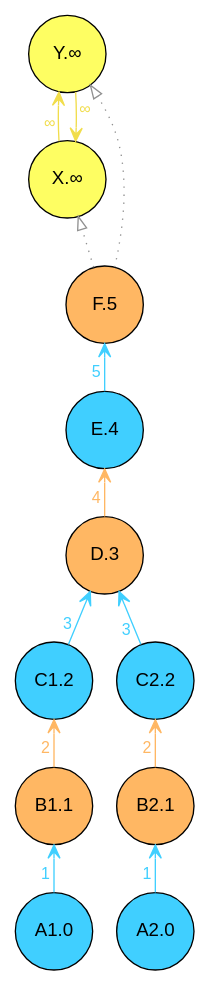
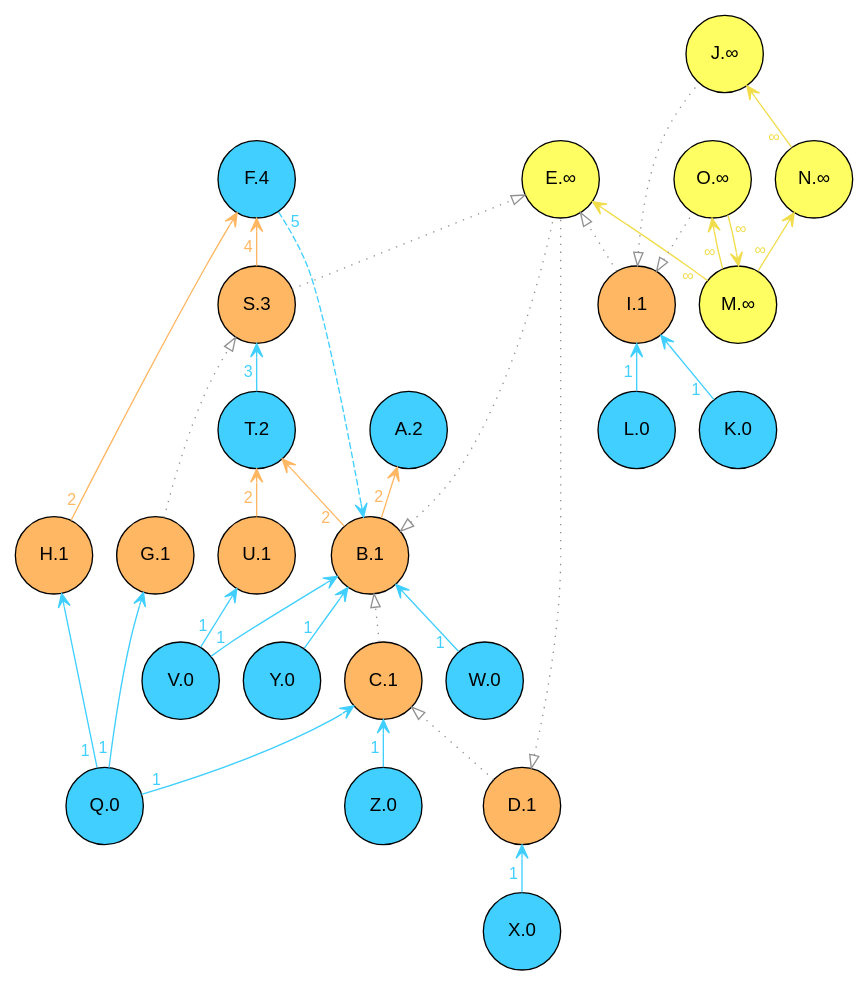
Before and after one commit to xai-ca/xray: the diagram in temp/layout.dot, drawn with Graphviz. The commit also changed 2 other files, not shown here.

```diff
--- a/temp/layout.dot
+++ b/temp/layout.dot
@@ -1,30 +1,63 @@
 digraph {
 layout=dot 
 node [fontname = "helvetica"  shape=circle fixedsize=true width=0.8, height=0.8] 
   edge [fontname = "helvetica"] 
  rankdir=BT  // Node defaults can be set here if needed
-    "A1" [style="filled" fillcolor="#40cfff" label="A1.0" fontsize=14 ]
-    "A2" [style="filled" fillcolor="#40cfff" label="A2.0" fontsize=14 ]
-    "C1" [style="filled" fillcolor="#40cfff" label="C1.2" fontsize=14 ]
-    "C2" [style="filled" fillcolor="#40cfff" label="C2.2" fontsize=14 ]
-    "E" [style="filled" fillcolor="#40cfff" label="E.4" fontsize=14 ]
-    "X" [style="filled" fillcolor="#FEFE62" label="X.∞" fontsize=14 ]
-    "Y" [style="filled" fillcolor="#FEFE62" label="Y.∞" fontsize=14 ]
-    "B1" [style="filled" fillcolor="#ffb763" label="B1.1" fontsize=14 ]
-    "B2" [style="filled" fillcolor="#ffb763" label="B2.1" fontsize=14 ]
-    "D" [style="filled" fillcolor="#ffb763" label="D.3" fontsize=14 ]
-    "F" [style="filled" fillcolor="#ffb763" label="F.5" fontsize=14 ]
+    "A" [style="filled" fillcolor="#40cfff" label="A.2" fontsize=14 ]
+    "F" [style="filled" fillcolor="#40cfff" label="F.4" fontsize=14 ]
+    "K" [style="filled" fillcolor="#40cfff" label="K.0" fontsize=14 ]
+    "L" [style="filled" fillcolor="#40cfff" label="L.0" fontsize=14 ]
+    "Q" [style="filled" fillcolor="#40cfff" label="Q.0" fontsize=14 ]
+    "T" [style="filled" fillcolor="#40cfff" label="T.2" fontsize=14 ]
+    "V" [style="filled" fillcolor="#40cfff" label="V.0" fontsize=14 ]
+    "W" [style="filled" fillcolor="#40cfff" label="W.0" fontsize=14 ]
+    "X" [style="filled" fillcolor="#40cfff" label="X.0" fontsize=14 ]
+    "Y" [style="filled" fillcolor="#40cfff" label="Y.0" fontsize=14 ]
+    "Z" [style="filled" fillcolor="#40cfff" label="Z.0" fontsize=14 ]
+    "E" [style="filled" fillcolor="#FEFE62" label="E.∞" fontsize=14 ]
+    "J" [style="filled" fillcolor="#FEFE62" label="J.∞" fontsize=14 ]
+    "M" [style="filled" fillcolor="#FEFE62" label="M.∞" fontsize=14 ]
+    "N" [style="filled" fillcolor="#FEFE62" label="N.∞" fontsize=14 ]
+    "O" [style="filled" fillcolor="#FEFE62" label="O.∞" fontsize=14 ]
+    "B" [style="filled" fillcolor="#ffb763" label="B.1" fontsize=14 ]
+    "C" [style="filled" fillcolor="#ffb763" label="C.1" fontsize=14 ]
+    "D" [style="filled" fillcolor="#ffb763" label="D.1" fontsize=14 ]
+    "G" [style="filled" fillcolor="#ffb763" label="G.1" fontsize=14 ]
+    "H" [style="filled" fillcolor="#ffb763" label="H.1" fontsize=14 ]
+    "I" [style="filled" fillcolor="#ffb763" label="I.1" fontsize=14 ]
+    "S" [style="filled" fillcolor="#ffb763" label="S.3" fontsize=14 ]
+    "U" [style="filled" fillcolor="#ffb763" label="U.1" fontsize=14 ]
     edge[labeldistance=1.5 fontsize=12]
-    "A1" -> "B1" [color="#40cfff" style="solid"fontcolor="#40cfff"arrowtail="vee"arrowhead="vee"taillabel="1"]
-    "B1" -> "C1" [color="#ffb763" style="solid"fontcolor="#ffb763"arrowtail="vee"arrowhead="vee"taillabel="2"]
-    "C1" -> "D" [color="#40cfff" style="solid"fontcolor="#40cfff"arrowtail="vee"arrowhead="vee"taillabel="3"]
-    "A2" -> "B2" [color="#40cfff" style="solid"fontcolor="#40cfff"arrowtail="vee"arrowhead="vee"taillabel="1"]
-    "B2" -> "C2" [color="#ffb763" style="solid"fontcolor="#ffb763"arrowtail="vee"arrowhead="vee"taillabel="2"]
-    "C2" -> "D" [color="#40cfff" style="solid"fontcolor="#40cfff"arrowtail="vee"arrowhead="vee"taillabel="3"]
-    "D" -> "E" [color="#ffb763" style="solid"fontcolor="#ffb763"arrowtail="vee"arrowhead="vee"taillabel="4"]
-    "E" -> "F" [color="#40cfff" style="solid"fontcolor="#40cfff"arrowtail="vee"arrowhead="vee"taillabel="5"]
-    "F" -> "X" [color="#919191" style="dotted"fontcolor="#919191"arrowtail="onormal"arrowhead="onormal"taillabel=""]
-    "F" -> "Y" [color="#919191" style="dotted"fontcolor="#919191"arrowtail="onormal"arrowhead="onormal"taillabel=""]
-    "X" -> "Y" [color="#f1dd4b" style="solid"fontcolor="#f1dd4b"arrowtail="vee"arrowhead="vee"taillabel="∞"]
-    "Y" -> "X" [color="#f1dd4b" style="solid"fontcolor="#f1dd4b"arrowtail="vee"arrowhead="vee"taillabel="∞"]
+    "B" -> "A" [color="#ffb763" style="solid"fontcolor="#ffb763"arrowtail="vee"arrowhead="vee"taillabel="2"]
+    "B" -> "T" [color="#ffb763" style="solid"fontcolor="#ffb763"arrowtail="vee"arrowhead="vee"taillabel="2"]
+    "C" -> "B" [color="#919191" style="dotted"fontcolor="#919191"arrowtail="onormal"arrowhead="onormal"taillabel=""]
+    "D" -> "C" [color="#919191" style="dotted"fontcolor="#919191"arrowtail="onormal"arrowhead="onormal"taillabel=""]
+    "B" -> "E" [dir=back color="#919191" style= "dotted"fontcolor="#919191"arrowtail="onormal"arrowhead="onormal"headlabel=""]
+    "D" -> "E" [dir=back color="#919191" style= "dotted"fontcolor="#919191"arrowtail="onormal"arrowhead="onormal"headlabel=""]
+    "B" -> "F" [dir=back color="#40cfff" style= "dashed"fontcolor="#40cfff"arrowtail="vee"arrowhead="vee"headlabel="5"]
+    "G" -> "S" [color="#919191" style="dotted"fontcolor="#919191"arrowtail="onormal"arrowhead="onormal"taillabel=""]
+    "H" -> "F" [color="#ffb763" style="solid"fontcolor="#ffb763"arrowtail="vee"arrowhead="vee"taillabel="2"]
+    "I" -> "E" [color="#919191" style="dotted"fontcolor="#919191"arrowtail="onormal"arrowhead="onormal"taillabel=""]
+    "I" -> "J" [dir=back color="#919191" style= "dotted"fontcolor="#919191"arrowtail="onormal"arrowhead="onormal"headlabel=""]
+    "K" -> "I" [color="#40cfff" style="solid"fontcolor="#40cfff"arrowtail="vee"arrowhead="vee"taillabel="1"]
+    "L" -> "I" [color="#40cfff" style="solid"fontcolor="#40cfff"arrowtail="vee"arrowhead="vee"taillabel="1"]
+    "M" -> "E" [color="#f1dd4b" style="solid"fontcolor="#f1dd4b"arrowtail="vee"arrowhead="vee"taillabel="∞"]
+    "M" -> "O" [color="#f1dd4b" style="solid"fontcolor="#f1dd4b"arrowtail="vee"arrowhead="vee"taillabel="∞"]
+    "M" -> "N" [color="#f1dd4b" style="solid"fontcolor="#f1dd4b"arrowtail="vee"arrowhead="vee"taillabel="∞"]
+    "N" -> "J" [color="#f1dd4b" style="solid"fontcolor="#f1dd4b"arrowtail="vee"arrowhead="vee"taillabel="∞"]
+    "I" -> "O" [dir=back color="#919191" style= "dotted"fontcolor="#919191"arrowtail="onormal"arrowhead="onormal"headlabel=""]
+    "O" -> "M" [color="#f1dd4b" style="solid"fontcolor="#f1dd4b"arrowtail="vee"arrowhead="vee"taillabel="∞"]
+    "Q" -> "G" [color="#40cfff" style="solid"fontcolor="#40cfff"arrowtail="vee"arrowhead="vee"taillabel="1"]
+    "Q" -> "H" [color="#40cfff" style="solid"fontcolor="#40cfff"arrowtail="vee"arrowhead="vee"taillabel="1"]
+    "Q" -> "C" [color="#40cfff" style="solid"fontcolor="#40cfff"arrowtail="vee"arrowhead="vee"taillabel="1"]
+    "S" -> "E" [color="#919191" style="dotted"fontcolor="#919191"arrowtail="onormal"arrowhead="onormal"taillabel=""]
+    "S" -> "F" [color="#ffb763" style="solid"fontcolor="#ffb763"arrowtail="vee"arrowhead="vee"taillabel="4"]
+    "T" -> "S" [color="#40cfff" style="solid"fontcolor="#40cfff"arrowtail="vee"arrowhead="vee"taillabel="3"]
+    "U" -> "T" [color="#ffb763" style="solid"fontcolor="#ffb763"arrowtail="vee"arrowhead="vee"taillabel="2"]
+    "V" -> "B" [color="#40cfff" style="solid"fontcolor="#40cfff"arrowtail="vee"arrowhead="vee"taillabel="1"]
+    "V" -> "U" [color="#40cfff" style="solid"fontcolor="#40cfff"arrowtail="vee"arrowhead="vee"taillabel="1"]
+    "W" -> "B" [color="#40cfff" style="solid"fontcolor="#40cfff"arrowtail="vee"arrowhead="vee"taillabel="1"]
+    "X" -> "D" [color="#40cfff" style="solid"fontcolor="#40cfff"arrowtail="vee"arrowhead="vee"taillabel="1"]
+    "Y" -> "B" [color="#40cfff" style="solid"fontcolor="#40cfff"arrowtail="vee"arrowhead="vee"taillabel="1"]
+    "Z" -> "C" [color="#40cfff" style="solid"fontcolor="#40cfff"arrowtail="vee"arrowhead="vee"taillabel="1"]
 }
```
